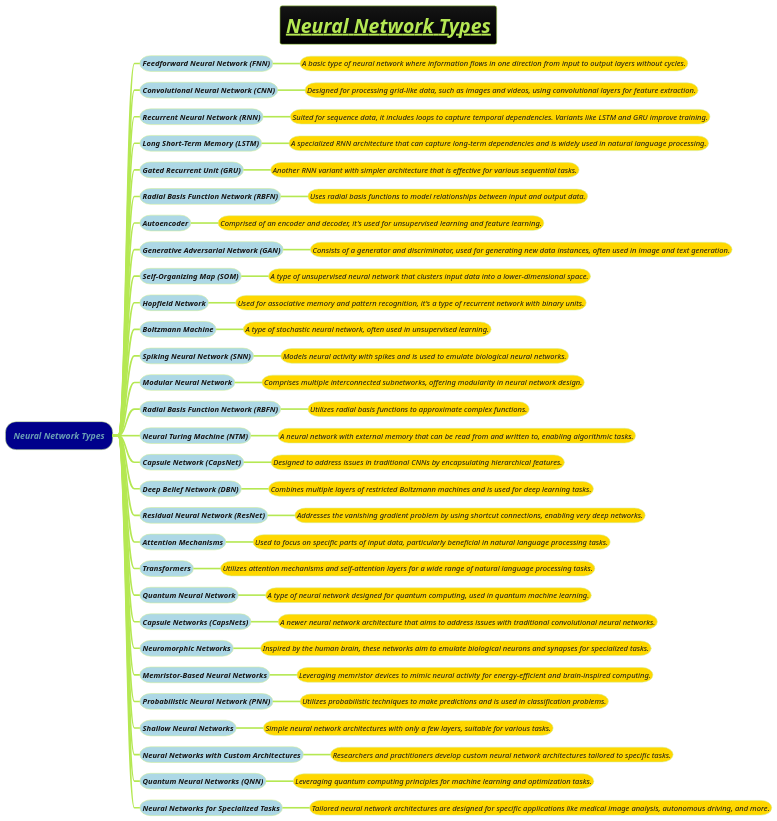
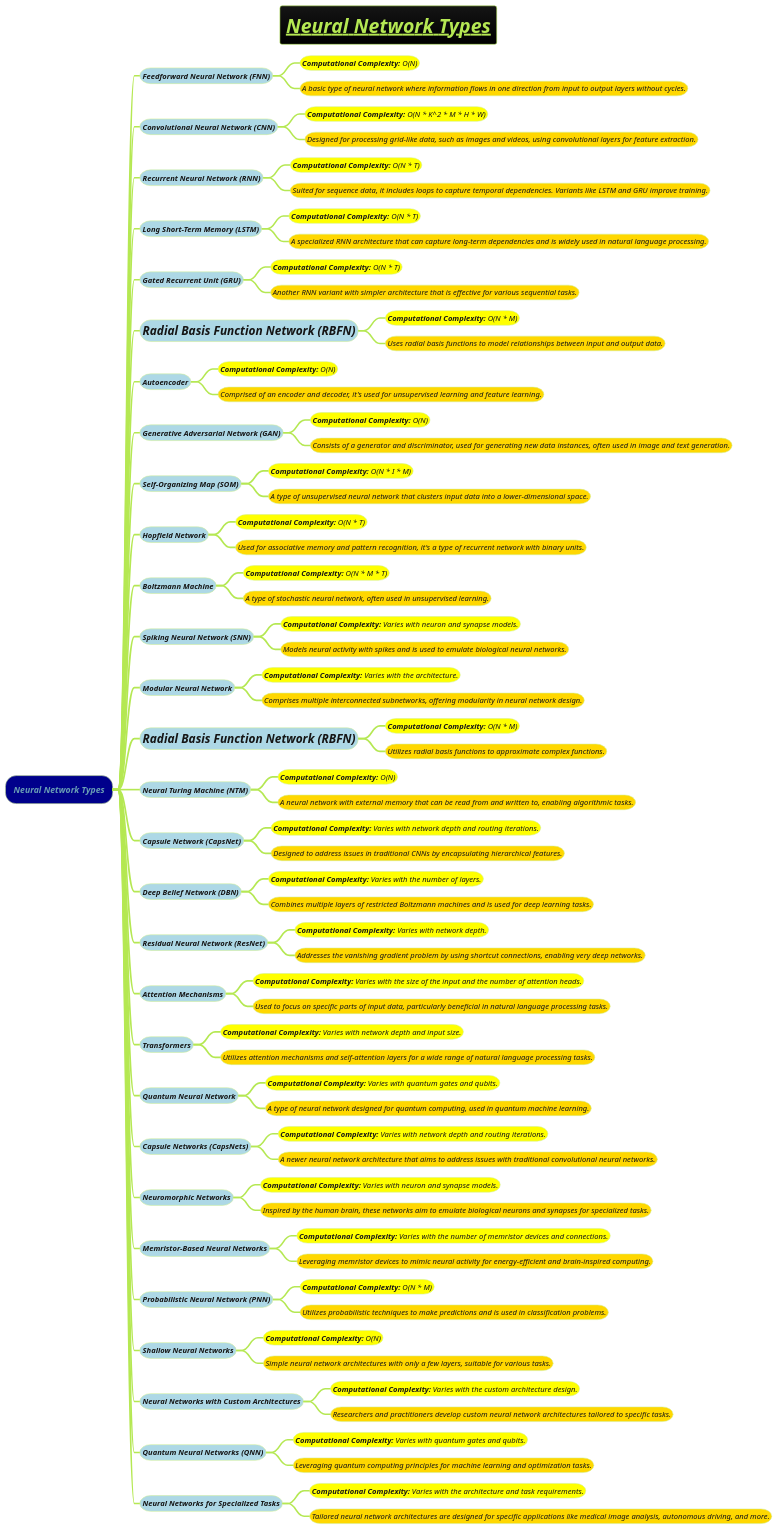
One commit to MehmoodHashmi/Documentation-as-Code-DaC changed the diagram in docs/AI-ML- DL-Data-Science-and-BigData/machine-learning-ML/3-deep-learning-DL/Neural-Network-Types.puml. Above: the diagram before and after it, drawn with PlantUML.

```diff
--- a/docs/AI-ML- DL-Data-Science-and-BigData/machine-learning-ML/3-deep-learning-DL/Neural-Network-Types.puml
+++ b/docs/AI-ML- DL-Data-Science-and-BigData/machine-learning-ML/3-deep-learning-DL/Neural-Network-Types.puml
@@ -1,94 +1,123 @@
 @startmindmap
 title =<b><i><u>Neural Network Types
 !theme hacker
 
 
 *[#darkblue]  <i>Neural Network Types
 **[#lightblue]  <i><size:14>Feedforward Neural Network (FNN)
+***[#yellow]  <i><size:14>**Computational Complexity:** O(N)
 ***[#gold]  <i><size:14>A basic type of neural network where information flows in one direction from input to output layers without cycles.
 
 **[#lightblue]  <i><size:14>Convolutional Neural Network (CNN)
+***[#yellow]  <i><size:14>**Computational Complexity:** O(N * K^2 * M * H * W)
 ***[#gold]  <i><size:14>Designed for processing grid-like data, such as images and videos, using convolutional layers for feature extraction.
 
 **[#lightblue]  <i><size:14>Recurrent Neural Network (RNN)
+***[#yellow]  <i><size:14>**Computational Complexity:** O(N * T)
 ***[#gold]  <i><size:14>Suited for sequence data, it includes loops to capture temporal dependencies. Variants like LSTM and GRU improve training.
 
 **[#lightblue]  <i><size:14>Long Short-Term Memory (LSTM)
+***[#yellow]  <i><size:14>**Computational Complexity:** O(N * T)
 ***[#gold]  <i><size:14>A specialized RNN architecture that can capture long-term dependencies and is widely used in natural language processing.
 
 **[#lightblue]  <i><size:14>Gated Recurrent Unit (GRU)
+***[#yellow]  <i><size:14>**Computational Complexity:** O(N * T)
 ***[#gold]  <i><size:14>Another RNN variant with simpler architecture that is effective for various sequential tasks.
 
-**[#lightblue]  <i><size:14>Radial Basis Function Network (RBFN)
+**[#lightblue]  <i><size:22>Radial Basis Function Network (RBFN)
+***[#yellow]  <i><size:14>**Computational Complexity:** O(N * M)
 ***[#gold]  <i><size:14>Uses radial basis functions to model relationships between input and output data.
 
 **[#lightblue]  <i><size:14>Autoencoder
+***[#yellow]  <i><size:14>**Computational Complexity:** O(N)
 ***[#gold]  <i><size:14>Comprised of an encoder and decoder, it's used for unsupervised learning and feature learning.
 
 **[#lightblue]  <i><size:14>Generative Adversarial Network (GAN)
+***[#yellow]  <i><size:14>**Computational Complexity:** O(N)
 ***[#gold]  <i><size:14>Consists of a generator and discriminator, used for generating new data instances, often used in image and text generation.
 
 **[#lightblue]  <i><size:14>Self-Organizing Map (SOM)
+***[#yellow]  <i><size:14>**Computational Complexity:** O(N * I * M)
 ***[#gold]  <i><size:14>A type of unsupervised neural network that clusters input data into a lower-dimensional space.
 
 **[#lightblue]  <i><size:14>Hopfield Network
+***[#yellow]  <i><size:14>**Computational Complexity:** O(N * T)
 ***[#gold]  <i><size:14>Used for associative memory and pattern recognition, it's a type of recurrent network with binary units.
 
 **[#lightblue]  <i><size:14>Boltzmann Machine
+***[#yellow]  <i><size:14>**Computational Complexity:** O(N * M * T)
 ***[#gold]  <i><size:14>A type of stochastic neural network, often used in unsupervised learning.
 
 **[#lightblue]  <i><size:14>Spiking Neural Network (SNN)
+***[#yellow]  <i><size:14>**Computational Complexity:** Varies with neuron and synapse models.
 ***[#gold]  <i><size:14>Models neural activity with spikes and is used to emulate biological neural networks.
 
 **[#lightblue]  <i><size:14>Modular Neural Network
+***[#yellow]  <i><size:14>**Computational Complexity:** Varies with the architecture.
 ***[#gold]  <i><size:14>Comprises multiple interconnected subnetworks, offering modularity in neural network design.
 
-**[#lightblue]  <i><size:14>Radial Basis Function Network (RBFN)
+**[#lightblue]  <i><size:22>Radial Basis Function Network (RBFN)
+***[#yellow]  <i><size:14>**Computational Complexity:** O(N * M)
 ***[#gold]  <i><size:14>Utilizes radial basis functions to approximate complex functions.
 
 **[#lightblue]  <i><size:14>Neural Turing Machine (NTM)
+***[#yellow]  <i><size:14>**Computational Complexity:** O(N)
 ***[#gold]  <i><size:14>A neural network with external memory that can be read from and written to, enabling algorithmic tasks.
 
 **[#lightblue]  <i><size:14>Capsule Network (CapsNet)
+***[#yellow]  <i><size:14>**Computational Complexity:** Varies with network depth and routing iterations.
 ***[#gold]  <i><size:14>Designed to address issues in traditional CNNs by encapsulating hierarchical features.
 
 **[#lightblue]  <i><size:14>Deep Belief Network (DBN)
+***[#yellow]  <i><size:14>**Computational Complexity:** Varies with the number of layers.
 ***[#gold]  <i><size:14>Combines multiple layers of restricted Boltzmann machines and is used for deep learning tasks.
 
 **[#lightblue]  <i><size:14>Residual Neural Network (ResNet)
+***[#yellow]  <i><size:14>**Computational Complexity:** Varies with network depth.
 ***[#gold]  <i><size:14>Addresses the vanishing gradient problem by using shortcut connections, enabling very deep networks.
 
 **[#lightblue]  <i><size:14>Attention Mechanisms
+***[#yellow]  <i><size:14>**Computational Complexity:** Varies with the size of the input and the number of attention heads.
 ***[#gold]  <i><size:14>Used to focus on specific parts of input data, particularly beneficial in natural language processing tasks.
 
 **[#lightblue]  <i><size:14>Transformers
+***[#yellow]  <i><size:14>**Computational Complexity:** Varies with network depth and input size.
 ***[#gold]  <i><size:14>Utilizes attention mechanisms and self-attention layers for a wide range of natural language processing tasks.
 
 **[#lightblue]  <i><size:14>Quantum Neural Network
+***[#yellow]  <i><size:14>**Computational Complexity:** Varies with quantum gates and qubits.
 ***[#gold]  <i><size:14>A type of neural network designed for quantum computing, used in quantum machine learning.
 
 **[#lightblue]  <i><size:14>Capsule Networks (CapsNets)
+***[#yellow]  <i><size:14>**Computational Complexity:** Varies with network depth and routing iterations.
 ***[#gold]  <i><size:14>A newer neural network architecture that aims to address issues with traditional convolutional neural networks.
 
 **[#lightblue]  <i><size:14>Neuromorphic Networks
+***[#yellow]  <i><size:14>**Computational Complexity:** Varies with neuron and synapse models.
 ***[#gold]  <i><size:14>Inspired by the human brain, these networks aim to emulate biological neurons and synapses for specialized tasks.
 
 **[#lightblue]  <i><size:14>Memristor-Based Neural Networks
+***[#yellow]  <i><size:14>**Computational Complexity:** Varies with the number of memristor devices and connections.
 ***[#gold]  <i><size:14>Leveraging memristor devices to mimic neural activity for energy-efficient and brain-inspired computing.
 
 **[#lightblue]  <i><size:14>Probabilistic Neural Network (PNN)
+***[#yellow]  <i><size:14>**Computational Complexity:** O(N * M)
 ***[#gold]  <i><size:14>Utilizes probabilistic techniques to make predictions and is used in classification problems.
 
 **[#lightblue]  <i><size:14>Shallow Neural Networks
+***[#yellow]  <i><size:14>**Computational Complexity:** O(N)
 ***[#gold]  <i><size:14>Simple neural network architectures with only a few layers, suitable for various tasks.
 
 **[#lightblue]  <i><size:14>Neural Networks with Custom Architectures
+***[#yellow]  <i><size:14>**Computational Complexity:** Varies with the custom architecture design.
 ***[#gold]  <i><size:14>Researchers and practitioners develop custom neural network architectures tailored to specific tasks.
 
 **[#lightblue]  <i><size:14>Quantum Neural Networks (QNN)
+***[#yellow]  <i><size:14>**Computational Complexity:** Varies with quantum gates and qubits.
 ***[#gold]  <i><size:14>Leveraging quantum computing principles for machine learning and optimization tasks.
 
 **[#lightblue]  <i><size:14>Neural Networks for Specialized Tasks
+***[#yellow]  <i><size:14>**Computational Complexity:** Varies with the architecture and task requirements.
 ***[#gold]  <i><size:14>Tailored neural network architectures are designed for specific applications like medical image analysis, autonomous driving, and more.
 
 @endmindmap
```
